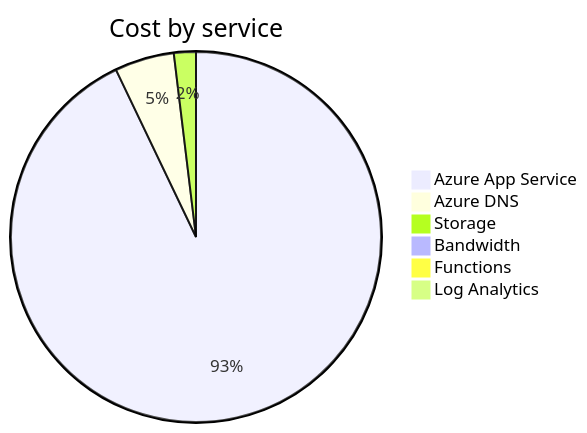
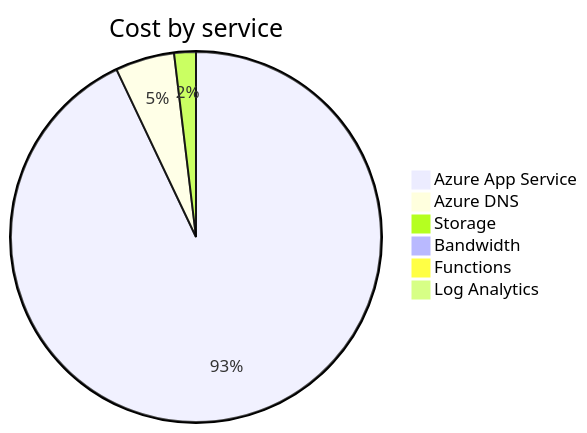
One commit to jpfulton/azure-personal-reports changed the second of 4 diagrams in cost-reports/accumulated-cost.md. Above: the diagram before and after it, drawn with Mermaid. The commit also changed other lines of this file and 4 other files, not shown here.

````diff
--- a/cost-reports/accumulated-cost.md
+++ b/cost-reports/accumulated-cost.md
@@ -98,10 +98,10 @@
 ```mermaid
 pie
    title Cost by service
-   "Azure App Service" : 8.24
-   "Azure DNS" : 0.46
-   "Storage" : 0.17
+   "Azure App Service" : 8.83
+   "Azure DNS" : 0.49
+   "Storage" : 0.18
    "Bandwidth" : 0.00
    "Functions" : 0.00
    "Log Analytics" : 0.00
 ```
````
